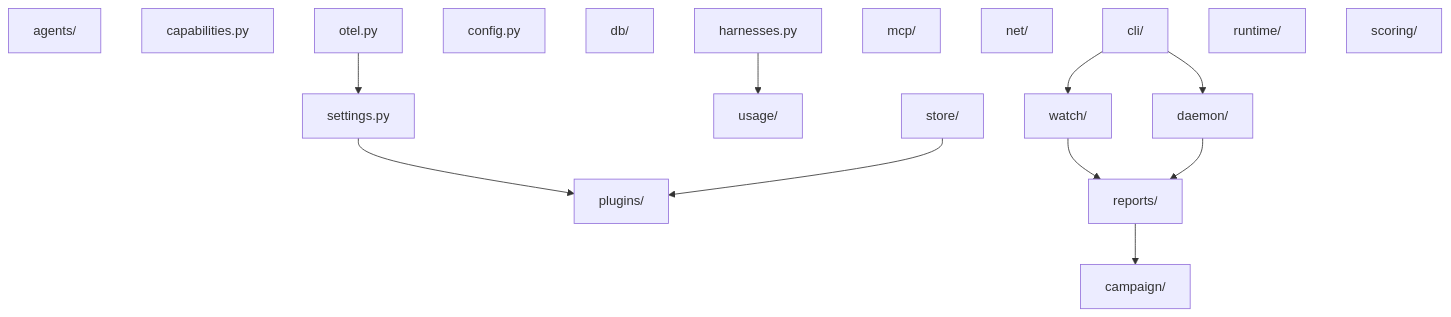
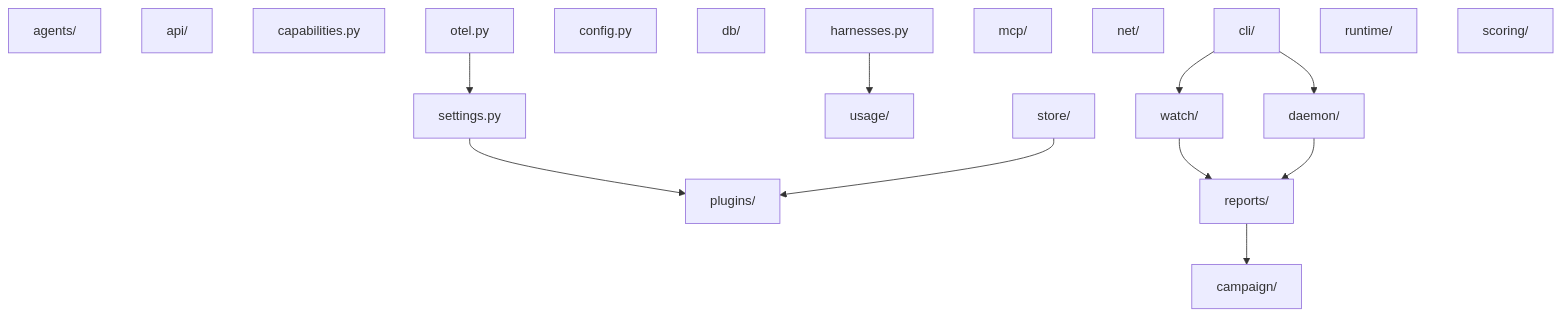
One commit to VatsaDev/piloop changed the diagram in docs/snippets/generated/imports.mdx. Above: the diagram before and after it, drawn with Mermaid. The commit also changed other lines of this file and 108 other files, not shown here.

````diff
--- a/docs/snippets/generated/imports.mdx
+++ b/docs/snippets/generated/imports.mdx
@@ -3,31 +3,32 @@
 ```mermaid
 flowchart TB
     agents["agents/"]
+    api["api/"]
     campaign["campaign/"]
     capabilities["capabilities.py"]
     cli["cli/"]
     config["config.py"]
     daemon["daemon/"]
     db["db/"]
     harnesses["harnesses.py"]
     mcp["mcp/"]
     net["net/"]
     otel["otel.py"]
     plugins["plugins/"]
     reports["reports/"]
     runtime["runtime/"]
     scoring["scoring/"]
     settings["settings.py"]
     store["store/"]
     usage["usage/"]
     watch["watch/"]
     cli --> daemon
     cli --> watch
     daemon --> reports
     harnesses --> usage
     otel --> settings
     reports --> campaign
     settings --> plugins
     store --> plugins
     watch --> reports
 ```
````
